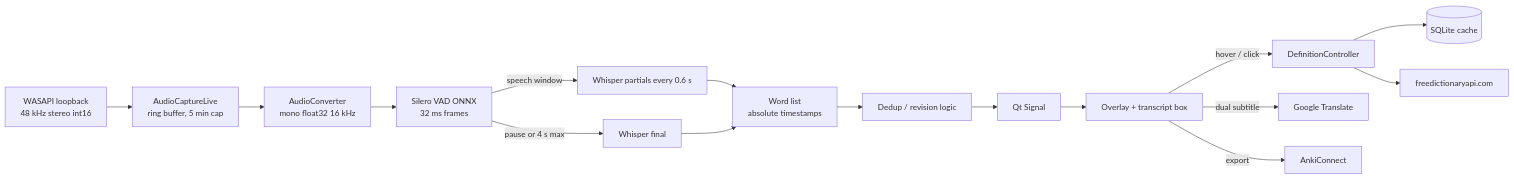
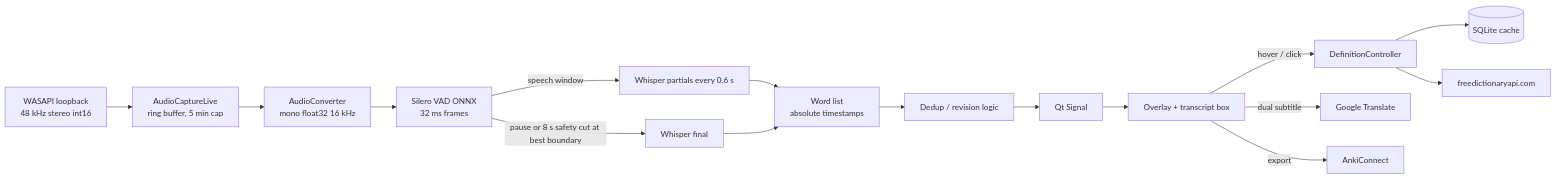
One commit to jvwb0/Subtitles-to-Anki changed the diagram in PROJECT_CONTEXT.md. Above: the diagram before and after it, drawn with Mermaid. The commit also changed other lines of this file and 9 other files, not shown here.

````diff
--- a/PROJECT_CONTEXT.md
+++ b/PROJECT_CONTEXT.md
@@ -62,18 +62,18 @@
 ```mermaid
 flowchart LR
     A[WASAPI loopback<br/>48 kHz stereo int16] --> B[AudioCaptureLive<br/>ring buffer, 5 min cap]
     B --> C[AudioConverter<br/>mono float32 16 kHz]
     C --> D[Silero VAD ONNX<br/>32 ms frames]
     D -->|speech window| E[Whisper partials every 0.6 s]
-    D -->|pause or 4 s max| F[Whisper final]
+    D -->|pause or 8 s safety cut at best boundary| F[Whisper final]
     E --> G[Word list<br/>absolute timestamps]
     F --> G
     G --> H[Dedup / revision logic]
     H --> I[Qt Signal]
     I --> J[Overlay + transcript box]
     J -->|hover / click| K[DefinitionController]
     K --> L[(SQLite cache)]
     K --> M[freedictionaryapi.com]
     J -->|dual subtitle| N[Google Translate]
     J -->|export| O[AnkiConnect]
 ```
````
